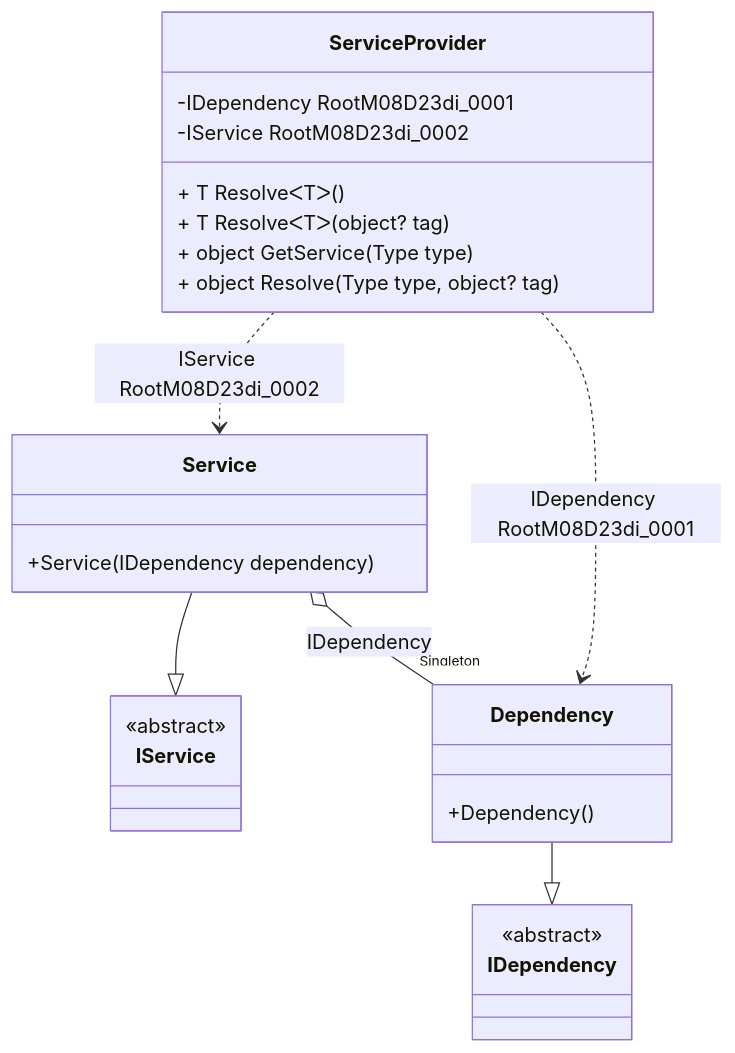
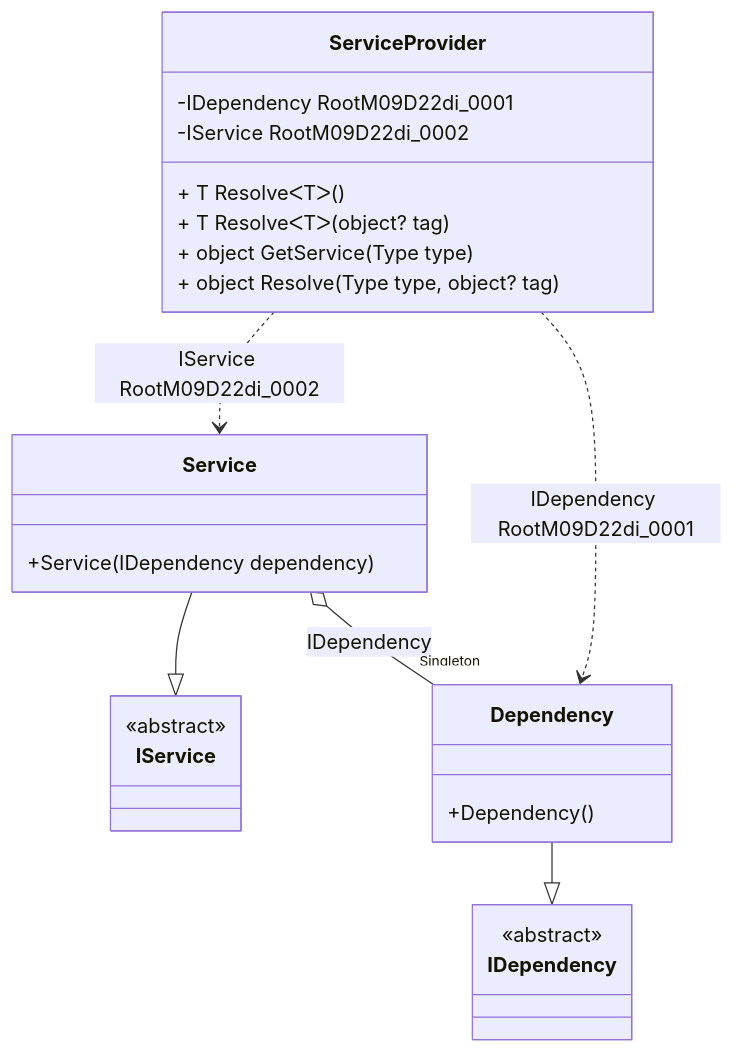
Before and after one commit to DevTeam/Pure.DI: the diagram in readme/service-provider.md, drawn with Mermaid. The commit also changed other lines of this file and 57 other files, not shown here.

````diff
--- a/readme/service-provider.md
+++ b/readme/service-provider.md
@@ -50,28 +50,28 @@
 ```mermaid
 classDiagram
   class ServiceProvider {
-    -IDependency RootM08D23di_0001
-    -IService RootM08D23di_0002
+    -IDependency RootM09D22di_0001
+    -IService RootM09D22di_0002
     + T ResolveᐸTᐳ()
     + T ResolveᐸTᐳ(object? tag)
     + object GetService(Type type)
     + object Resolve(Type type, object? tag)
   }
   Service --|> IService : 
   class Service {
     +Service(IDependency dependency)
   }
   Dependency --|> IDependency : 
   class Dependency {
     +Dependency()
   }
   class IService {
     <<abstract>>
   }
   class IDependency {
     <<abstract>>
   }
   Service o--  "Singleton" Dependency : IDependency
-  ServiceProvider ..> Dependency : IDependency RootM08D23di_0001
-  ServiceProvider ..> Service : IService RootM08D23di_0002
+  ServiceProvider ..> Dependency : IDependency RootM09D22di_0001
+  ServiceProvider ..> Service : IService RootM09D22di_0002
 ```
````
